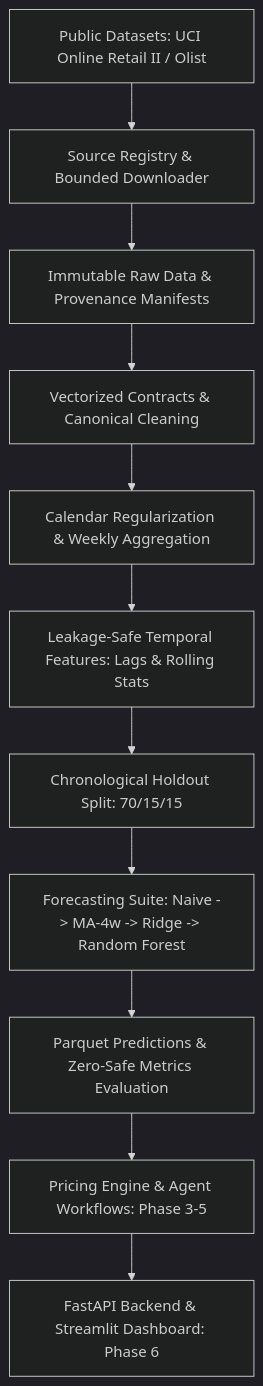
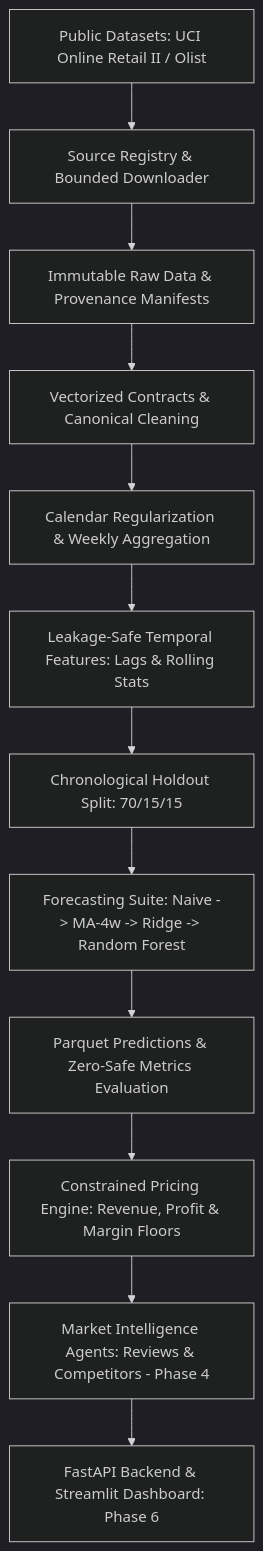
One commit to Gokulnaath-N/MarketLens-Agentic-Dynamic-Pricing-Intelligence-Platform changed the diagram in README.md. Above: the diagram before and after it, drawn with Mermaid (dark theme). The commit also changed other lines of this file and 18 other files, not shown here.

Commit message:
feat(phase3): implement constrained pricing optimization engine, guardrails, and scenario evaluation

````diff
--- a/README.md
+++ b/README.md
@@ -31,13 +31,14 @@
 ```mermaid
 flowchart TD
     A[Public Datasets: UCI Online Retail II / Olist] --> B[Source Registry & Bounded Downloader]
     B --> C[Immutable Raw Data & Provenance Manifests]
     C --> D[Vectorized Contracts & Canonical Cleaning]
     D --> E[Calendar Regularization & Weekly Aggregation]
     E --> F[Leakage-Safe Temporal Features: Lags & Rolling Stats]
     F --> G[Chronological Holdout Split: 70/15/15]
     G --> H[Forecasting Suite: Naive -> MA-4w -> Ridge -> Random Forest]
     H --> I[Parquet Predictions & Zero-Safe Metrics Evaluation]
-    I --> J[Pricing Engine & Agent Workflows: Phase 3-5]
-    J --> K[FastAPI Backend & Streamlit Dashboard: Phase 6]
+    I --> J[Constrained Pricing Engine: Revenue, Profit & Margin Floors]
+    J --> K[Market Intelligence Agents: Reviews & Competitors - Phase 4]
+    K --> L[FastAPI Backend & Streamlit Dashboard: Phase 6]
 ```
````
